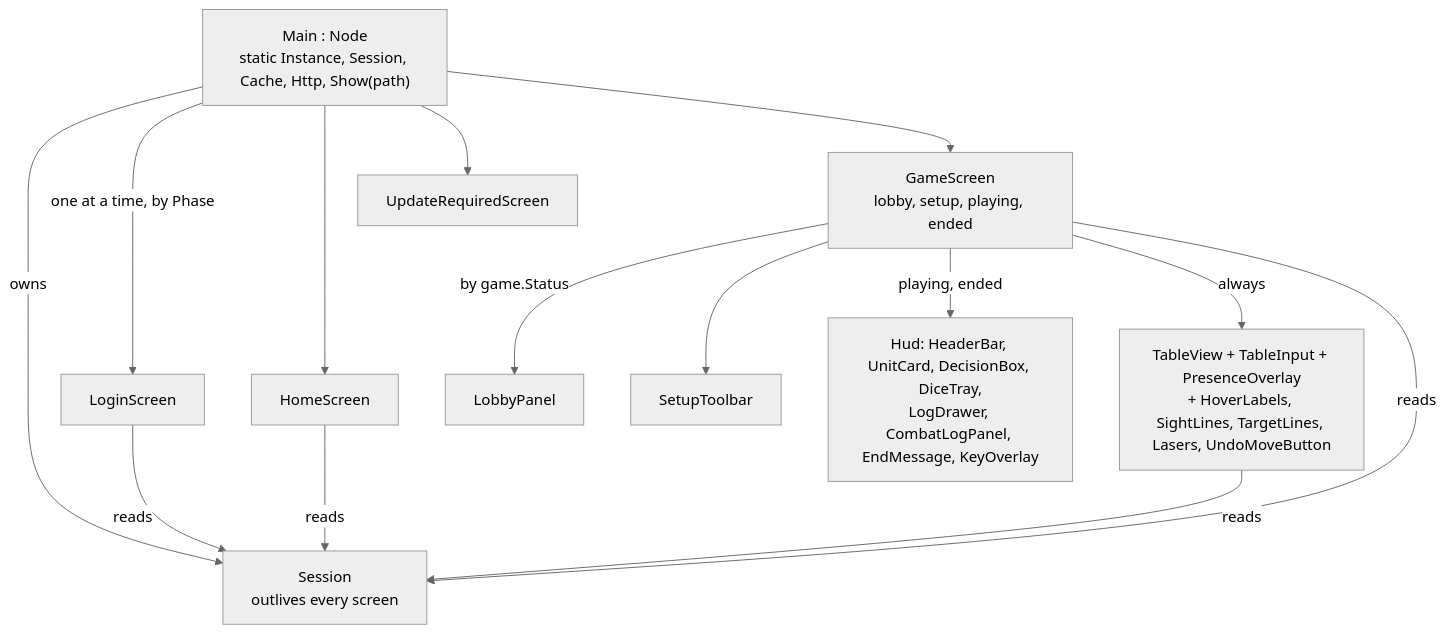
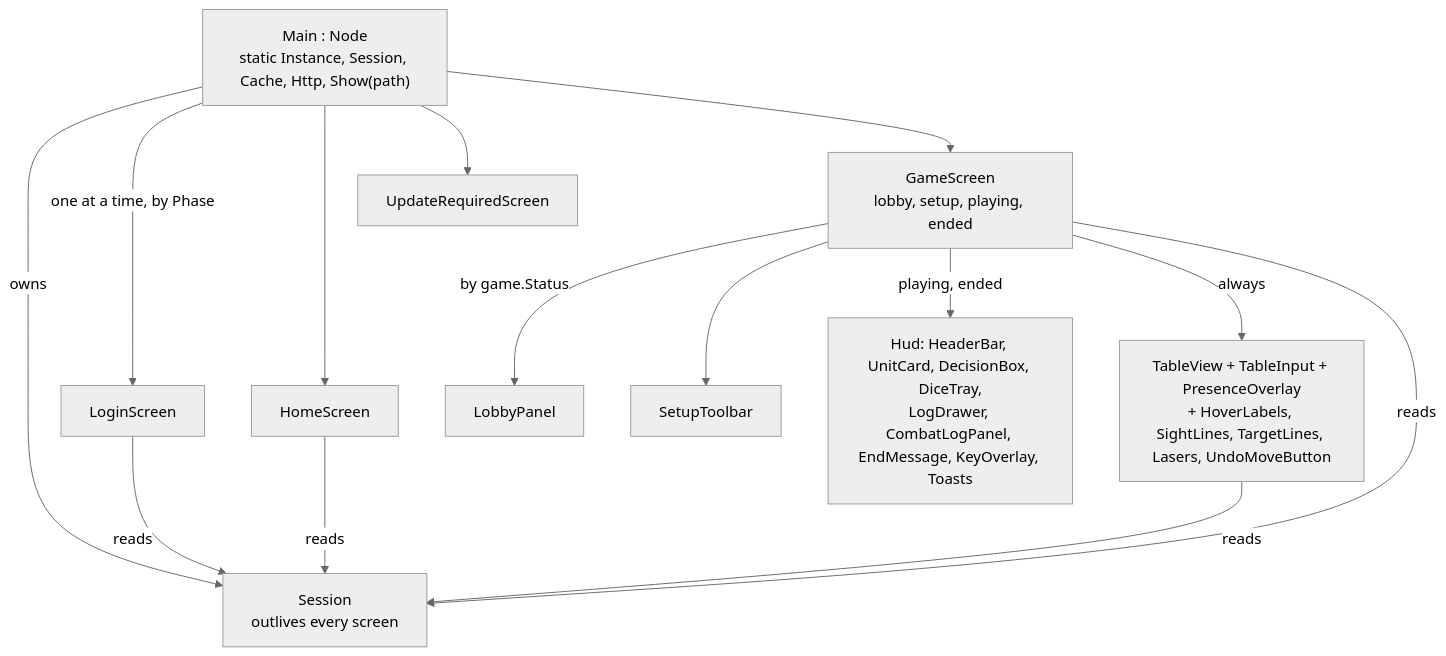
One commit to cstupi/tabletop changed the diagram in docs/design/client/core-and-screens.md. Above: the diagram before and after it, drawn with Mermaid (neutral theme). The commit also changed other lines of this file and 5 other files, not shown here.

````diff
--- a/docs/design/client/core-and-screens.md
+++ b/docs/design/client/core-and-screens.md
@@ -39,27 +39,27 @@
 ```mermaid
 flowchart TD
   main["Main : Node<br/>static Instance, Session, Cache, Http, Show(path)"]
   session["Session<br/>outlives every screen"]
   login["LoginScreen"]
   home["HomeScreen"]
   update["UpdateRequiredScreen"]
   gamescr["GameScreen<br/>lobby, setup, playing, ended"]
   lobby["LobbyPanel"]
   setup["SetupToolbar"]
-  hud["Hud: HeaderBar, UnitCard, DecisionBox, DiceTray,<br/>LogDrawer, CombatLogPanel, EndMessage, KeyOverlay"]
+  hud["Hud: HeaderBar, UnitCard, DecisionBox, DiceTray,<br/>LogDrawer, CombatLogPanel, EndMessage, KeyOverlay, Toasts"]
   table["TableView + TableInput + PresenceOverlay<br/>+ HoverLabels, SightLines, TargetLines, Lasers, UndoMoveButton"]
 
   main -- owns --> session
   main -- "one at a time, by Phase" --> login
   main --> home
   main --> update
   main --> gamescr
   gamescr -- "by game.Status" --> lobby
   gamescr --> setup
   gamescr -- "playing, ended" --> hud
   gamescr -- "always" --> table
   login -- reads --> session
   home -- reads --> session
   gamescr -- reads --> session
   table -- reads --> session
 ```
````
